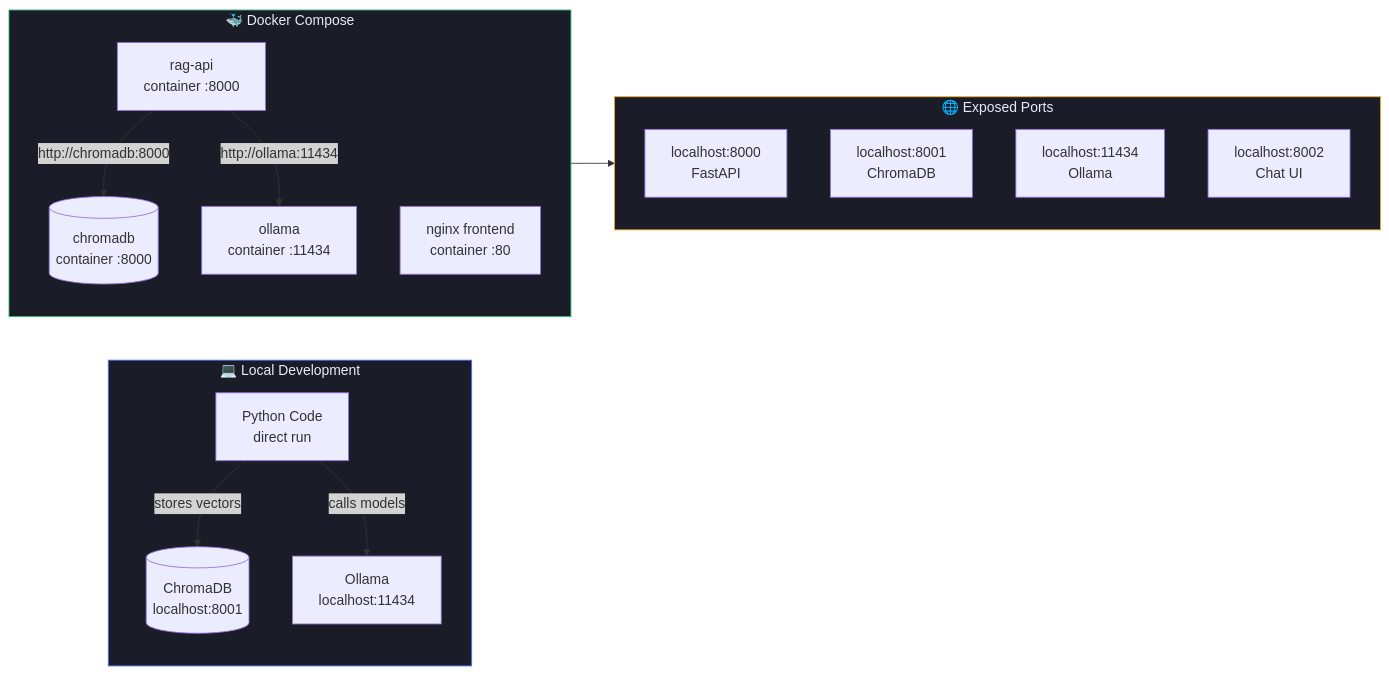
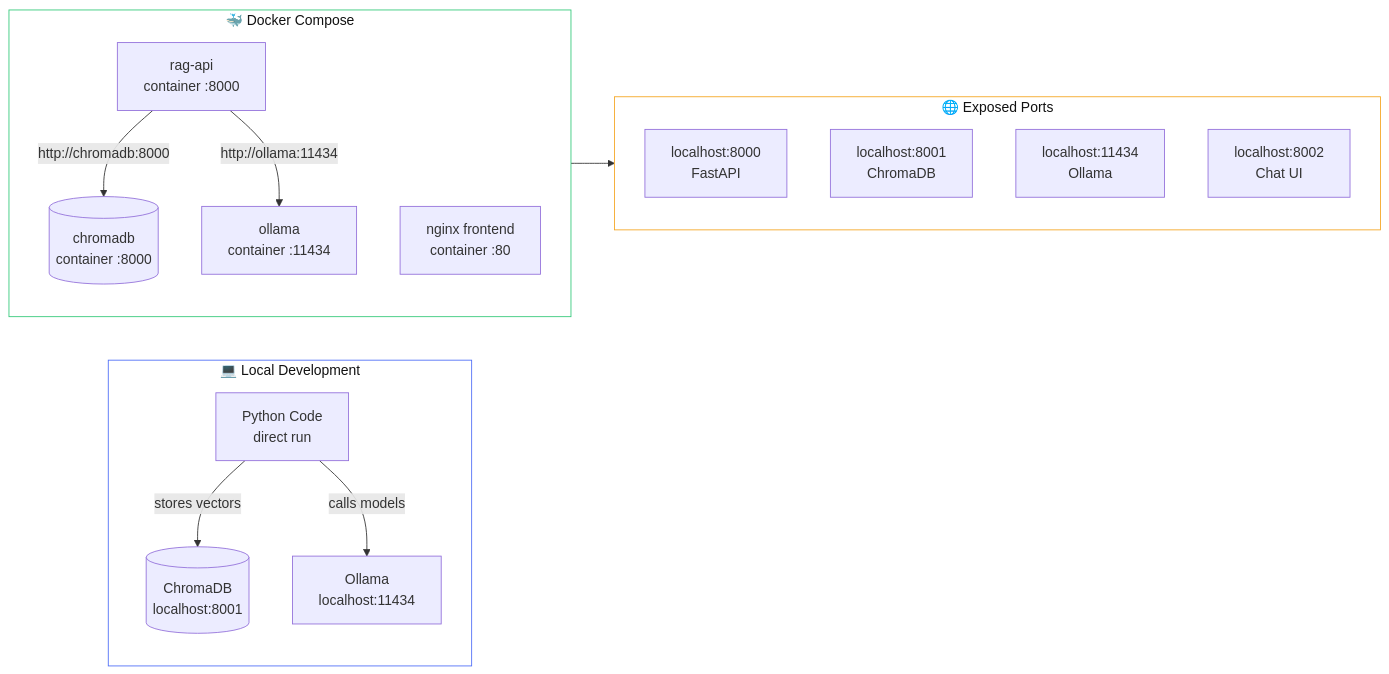
One commit to vivekkhillar/RAG-APPLICATION changed the second of 4 diagrams in classic_rag/Read.md. Above: the diagram before and after it, drawn with Mermaid. The commit also changed other lines of this file, not shown here.

````diff
--- a/classic_rag/Read.md
+++ b/classic_rag/Read.md
@@ -512,32 +512,32 @@
 ```mermaid
 flowchart LR
     subgraph LOCAL["💻 Local Development"]
-        A[Python Code\ndirect run] 
+        A[Python Code\ndirect run]
         B[(ChromaDB\nlocalhost:8001)]
         C[Ollama\nlocalhost:11434]
         A -->|stores vectors| B
         A -->|calls models| C
     end
- 
+
     subgraph DOCKER["🐳 Docker Compose"]
         D[rag-api\ncontainer :8000]
         E[(chromadb\ncontainer :8000)]
         F[ollama\ncontainer :11434]
         G[nginx frontend\ncontainer :80]
         D -->|http://chromadb:8000| E
         D -->|http://ollama:11434| F
     end
- 
+
     subgraph PORTS["🌐 Exposed Ports"]
         H[localhost:8000\nFastAPI]
         I[localhost:8001\nChromaDB]
         J[localhost:11434\nOllama]
         K[localhost:8002\nChat UI]
     end
- 
+
     DOCKER --> PORTS
- 
-    style LOCAL fill:#1A1D27,stroke:#4F6EF7,color:#E8EAF6
-    style DOCKER fill:#1A1D27,stroke:#34C97A,color:#E8EAF6
-    style PORTS fill:#1A1D27,stroke:#F5A623,color:#E8EAF6
+
+    style LOCAL fill:#ffffff,stroke:#4F6EF7,color:#111111
+    style DOCKER fill:#ffffff,stroke:#34C97A,color:#111111
+    style PORTS fill:#ffffff,stroke:#F5A623,color:#111111
 ```
````
